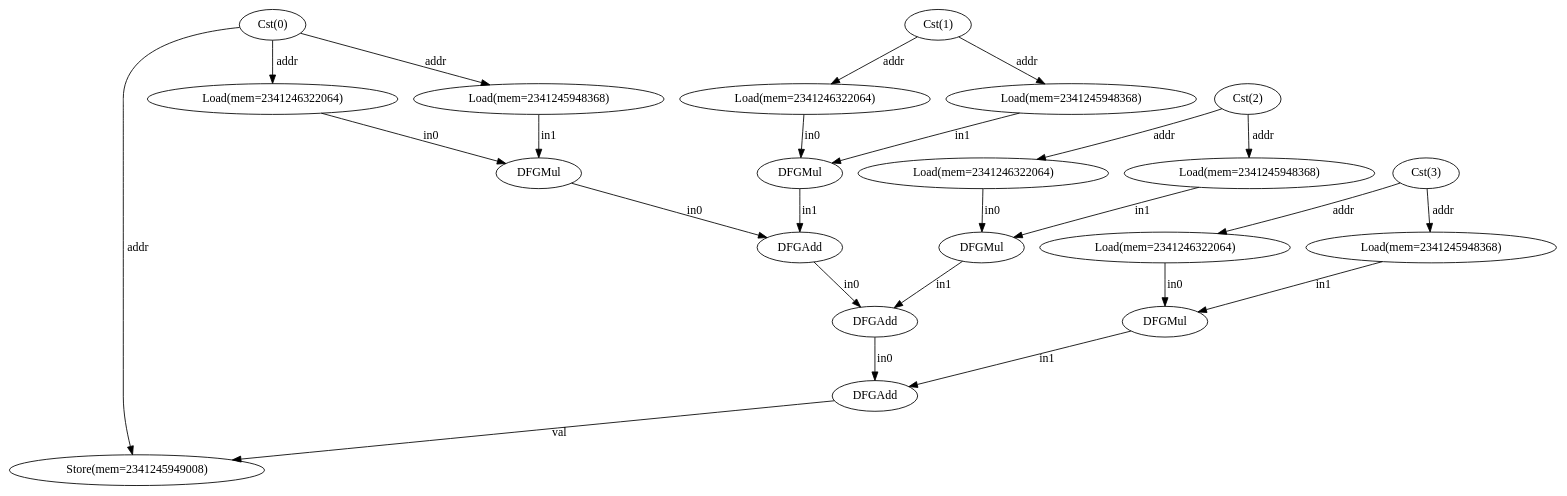
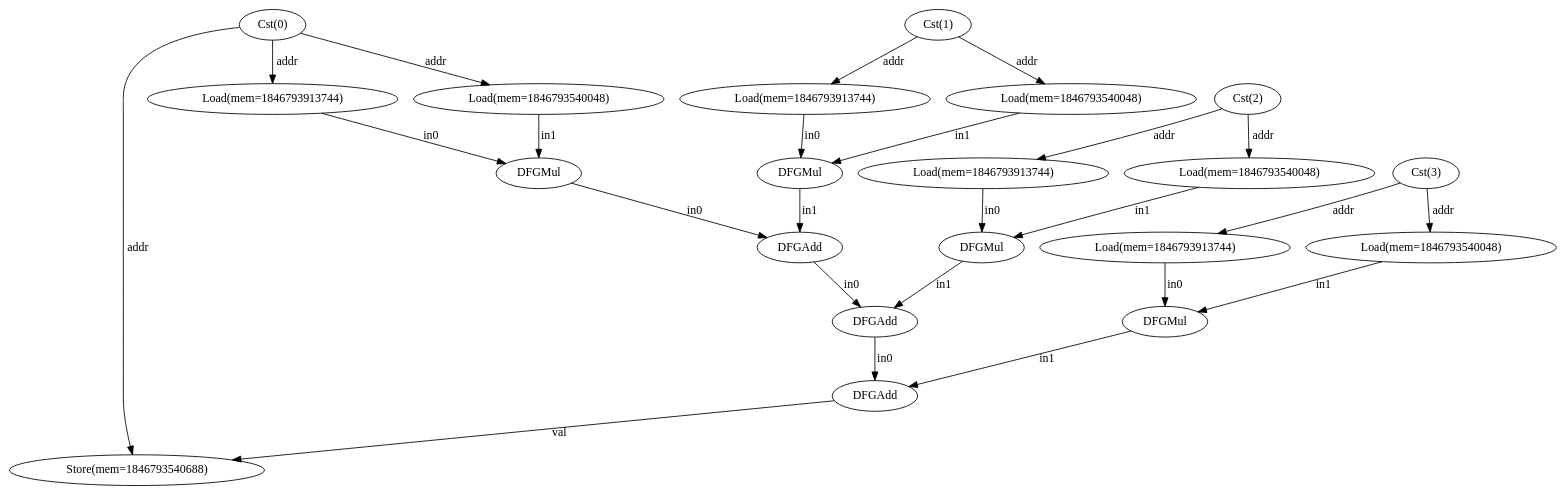
One commit to ma-carrillo/High-level-synthesis-assignment changed the diagram in test02/dfg.dot. Above: the diagram before and after it, drawn with Graphviz. The commit also changed 18 other files, not shown here.

```diff
--- a/test02/dfg.dot
+++ b/test02/dfg.dot
@@ -1,46 +1,46 @@
 digraph "dfg" {
   n0 [label="Cst(0)"];
-  n1 [label="Load(mem=2341246322064)"];
-  n2 [label="Load(mem=2341245948368)"];
+  n1 [label="Load(mem=1846793913744)"];
+  n2 [label="Load(mem=1846793540048)"];
   n3 [label="DFGMul"];
   n4 [label="Cst(1)"];
-  n5 [label="Load(mem=2341246322064)"];
-  n6 [label="Load(mem=2341245948368)"];
+  n5 [label="Load(mem=1846793913744)"];
+  n6 [label="Load(mem=1846793540048)"];
   n7 [label="DFGMul"];
   n8 [label="DFGAdd"];
   n9 [label="Cst(2)"];
-  n10 [label="Load(mem=2341246322064)"];
-  n11 [label="Load(mem=2341245948368)"];
+  n10 [label="Load(mem=1846793913744)"];
+  n11 [label="Load(mem=1846793540048)"];
   n12 [label="DFGMul"];
   n13 [label="DFGAdd"];
   n14 [label="Cst(3)"];
-  n15 [label="Load(mem=2341246322064)"];
-  n16 [label="Load(mem=2341245948368)"];
+  n15 [label="Load(mem=1846793913744)"];
+  n16 [label="Load(mem=1846793540048)"];
   n17 [label="DFGMul"];
   n18 [label="DFGAdd"];
-  n19 [label="Store(mem=2341245949008)"];
+  n19 [label="Store(mem=1846793540688)"];
   n0 -> n1 [label="addr"];
   n0 -> n2 [label="addr"];
   n0 -> n19 [label="addr"];
   n1 -> n3 [label="in0"];
   n2 -> n3 [label="in1"];
   n3 -> n8 [label="in0"];
   n4 -> n5 [label="addr"];
   n4 -> n6 [label="addr"];
   n5 -> n7 [label="in0"];
   n6 -> n7 [label="in1"];
   n7 -> n8 [label="in1"];
   n8 -> n13 [label="in0"];
   n9 -> n10 [label="addr"];
   n9 -> n11 [label="addr"];
   n10 -> n12 [label="in0"];
   n11 -> n12 [label="in1"];
   n12 -> n13 [label="in1"];
   n13 -> n18 [label="in0"];
   n14 -> n15 [label="addr"];
   n14 -> n16 [label="addr"];
   n15 -> n17 [label="in0"];
   n16 -> n17 [label="in1"];
   n17 -> n18 [label="in1"];
   n18 -> n19 [label="val"];
 }
```
